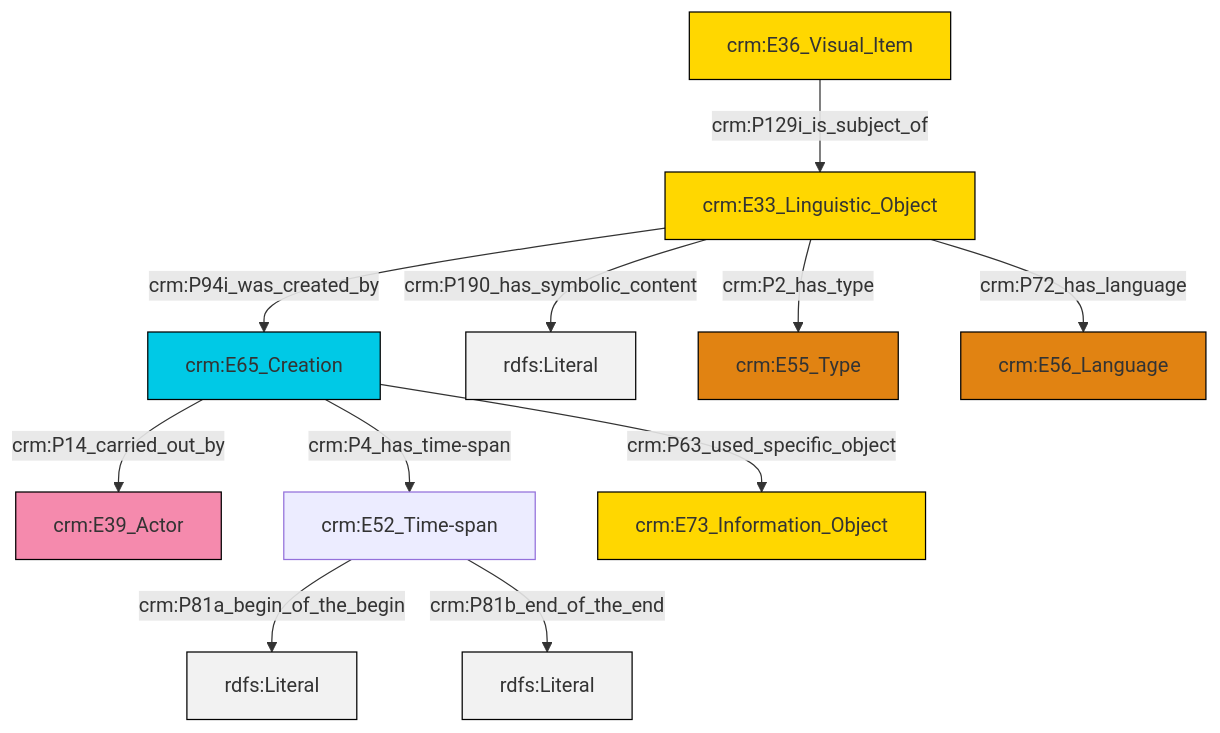
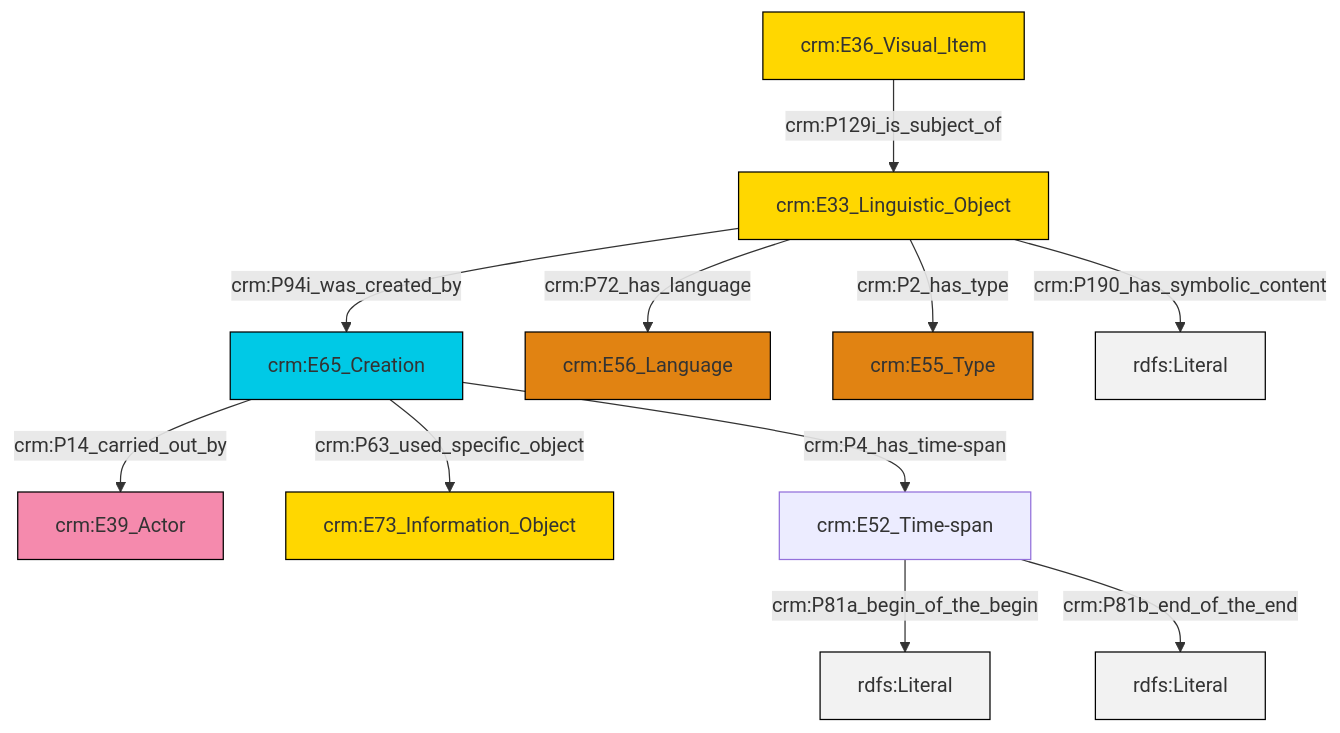
One commit to swiss-art-research-net/docs.swissartresearch changed the diagram in et/imgCSV/ttl/mmd/img_desc.ttl.mmd. Above: the diagram before and after it, drawn with Mermaid. The commit also changed 177 other files, not shown here.

```diff
--- a/et/imgCSV/ttl/mmd/img_desc.ttl.mmd
+++ b/et/imgCSV/ttl/mmd/img_desc.ttl.mmd
@@ -1,25 +1,25 @@
 graph TD
 classDef Literal fill:#f2f2f2,stroke:#000000;
 classDef CRM_Entity fill:#FFFFFF,stroke:#000000;
 classDef Temporal_Entity fill:#00C9E6, stroke:#000000;
 classDef Type fill:#E18312, stroke:#000000;
 classDef Time-Span fill:#2C9C91, stroke:#000000;
 classDef Appellation fill:#FFEB7F, stroke:#000000;
 classDef Place fill:#008836, stroke:#000000;
 classDef Persistent_Item fill:#B266B2, stroke:#000000;
 classDef Conceptual_Object fill:#FFD700, stroke:#000000;
 classDef Physical_Thing fill:#D2B48C, stroke:#000000;
 classDef Actor fill:#f58aad, stroke:#000000;
 classDef PC_Classes fill:#4ce600, stroke:#000000;
 classDef Multi fill:#cccccc,stroke:#000000;
 
 0["crm:E65_Creation"]:::Temporal_Entity -->|crm:P14_carried_out_by| 1["crm:E39_Actor"]:::Actor
-2["crm:E36_Visual_Item"]:::Conceptual_Object -->|crm:P129i_is_subject_of| 3["crm:E33_Linguistic_Object"]:::Conceptual_Object
-3["crm:E33_Linguistic_Object"]:::Conceptual_Object -->|crm:P190_has_symbolic_content| 7[rdfs:Literal]:::Literal
-0["crm:E65_Creation"]:::Temporal_Entity -->|crm:P4_has_time-span| 5["crm:E52_Time-span"]:::Default
-5["crm:E52_Time-span"]:::Default -->|crm:P81a_begin_of_the_begin| 11[rdfs:Literal]:::Literal
-0["crm:E65_Creation"]:::Temporal_Entity -->|crm:P63_used_specific_object| 8["crm:E73_Information_Object"]:::Conceptual_Object
-3["crm:E33_Linguistic_Object"]:::Conceptual_Object -->|crm:P94i_was_created_by| 0["crm:E65_Creation"]:::Temporal_Entity
-3["crm:E33_Linguistic_Object"]:::Conceptual_Object -->|crm:P2_has_type| 12["crm:E55_Type"]:::Type
-3["crm:E33_Linguistic_Object"]:::Conceptual_Object -->|crm:P72_has_language| 15["crm:E56_Language"]:::Type
-5["crm:E52_Time-span"]:::Default -->|crm:P81b_end_of_the_end| 18[rdfs:Literal]:::Literal
+2["crm:E33_Linguistic_Object"]:::Conceptual_Object -->|crm:P72_has_language| 3["crm:E56_Language"]:::Type
+2["crm:E33_Linguistic_Object"]:::Conceptual_Object -->|crm:P94i_was_created_by| 0["crm:E65_Creation"]:::Temporal_Entity
+6["crm:E36_Visual_Item"]:::Conceptual_Object -->|crm:P129i_is_subject_of| 2["crm:E33_Linguistic_Object"]:::Conceptual_Object
+9["crm:E52_Time-span"]:::Default -->|crm:P81a_begin_of_the_begin| 10[rdfs:Literal]:::Literal
+0["crm:E65_Creation"]:::Temporal_Entity -->|crm:P63_used_specific_object| 4["crm:E73_Information_Object"]:::Conceptual_Object
+2["crm:E33_Linguistic_Object"]:::Conceptual_Object -->|crm:P2_has_type| 7["crm:E55_Type"]:::Type
+2["crm:E33_Linguistic_Object"]:::Conceptual_Object -->|crm:P190_has_symbolic_content| 13[rdfs:Literal]:::Literal
+9["crm:E52_Time-span"]:::Default -->|crm:P81b_end_of_the_end| 14[rdfs:Literal]:::Literal
+0["crm:E65_Creation"]:::Temporal_Entity -->|crm:P4_has_time-span| 9["crm:E52_Time-span"]:::Default
```
